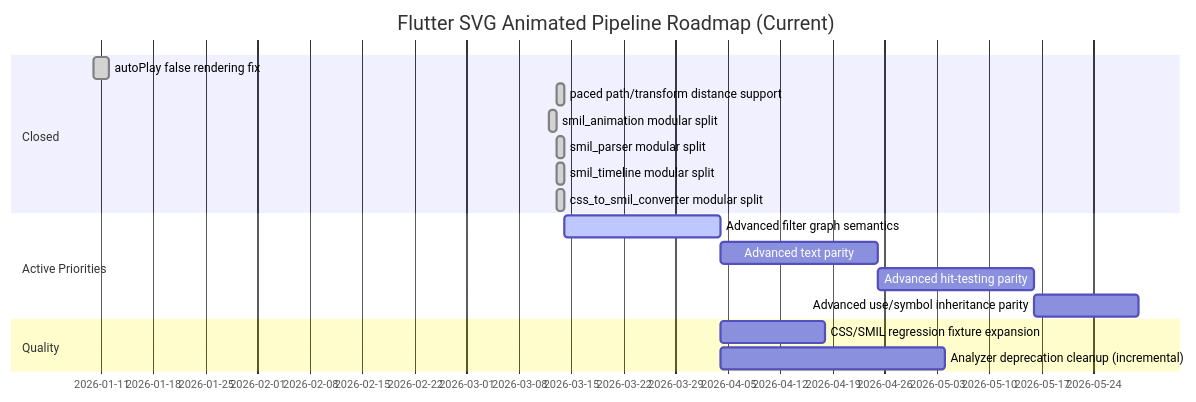
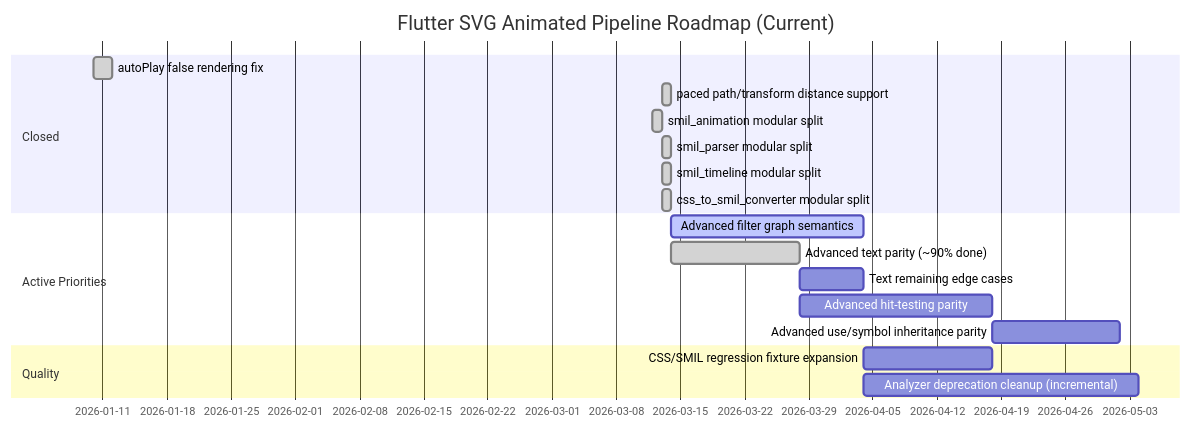
The diagram in ROADMAP_VISUAL.md (denisnadey/flutter_full_svg_support), drawn with Mermaid before and after one commit. The commit also changed 7 other files, not shown here.

First line of the commit message:
docs(typography): update text & typography to ~90% Blink parity and refine edge cases

````diff
--- a/ROADMAP_VISUAL.md
+++ b/ROADMAP_VISUAL.md
@@ -3,23 +3,24 @@
 ```mermaid
 gantt
     title Flutter SVG Animated Pipeline Roadmap (Current)
     dateFormat  YYYY-MM-DD
 
     section Closed
     autoPlay false rendering fix               :done, c1, 2026-01-10, 2d
     paced path/transform distance support      :done, c2, 2026-03-13, 1d
     smil_animation modular split               :done, c3, 2026-03-12, 1d
     smil_parser modular split                  :done, c4, 2026-03-13, 1d
     smil_timeline modular split                :done, c5, 2026-03-13, 1d
     css_to_smil_converter modular split        :done, c6, 2026-03-13, 1d
 
     section Active Priorities
     Advanced filter graph semantics            :active, p1, 2026-03-14, 21d
-    Advanced text parity                       :p2, after p1, 21d
+    Advanced text parity (~90% done)             :done, p2, 2026-03-14, 14d
+    Text remaining edge cases                     :p2b, after p2, 7d
     Advanced hit-testing parity                :p3, after p2, 21d
     Advanced use/symbol inheritance parity     :p4, after p3, 14d
 
     section Quality
     CSS/SMIL regression fixture expansion      :q1, after p1, 14d
     Analyzer deprecation cleanup (incremental) :q2, after p1, 30d
 ```
````
